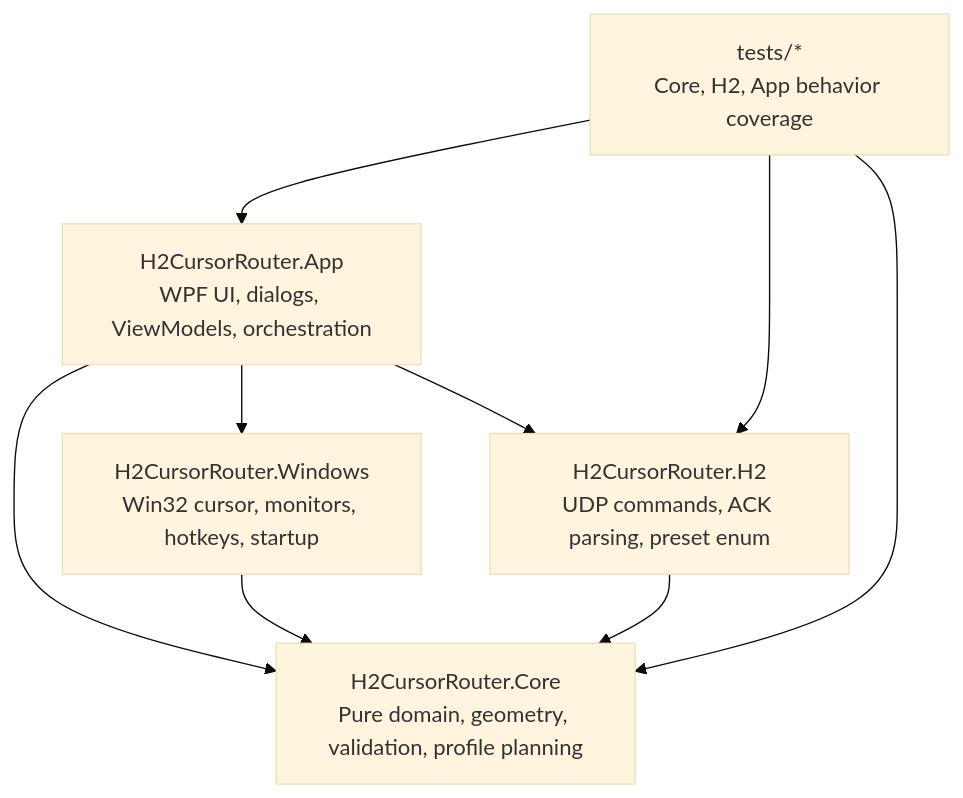
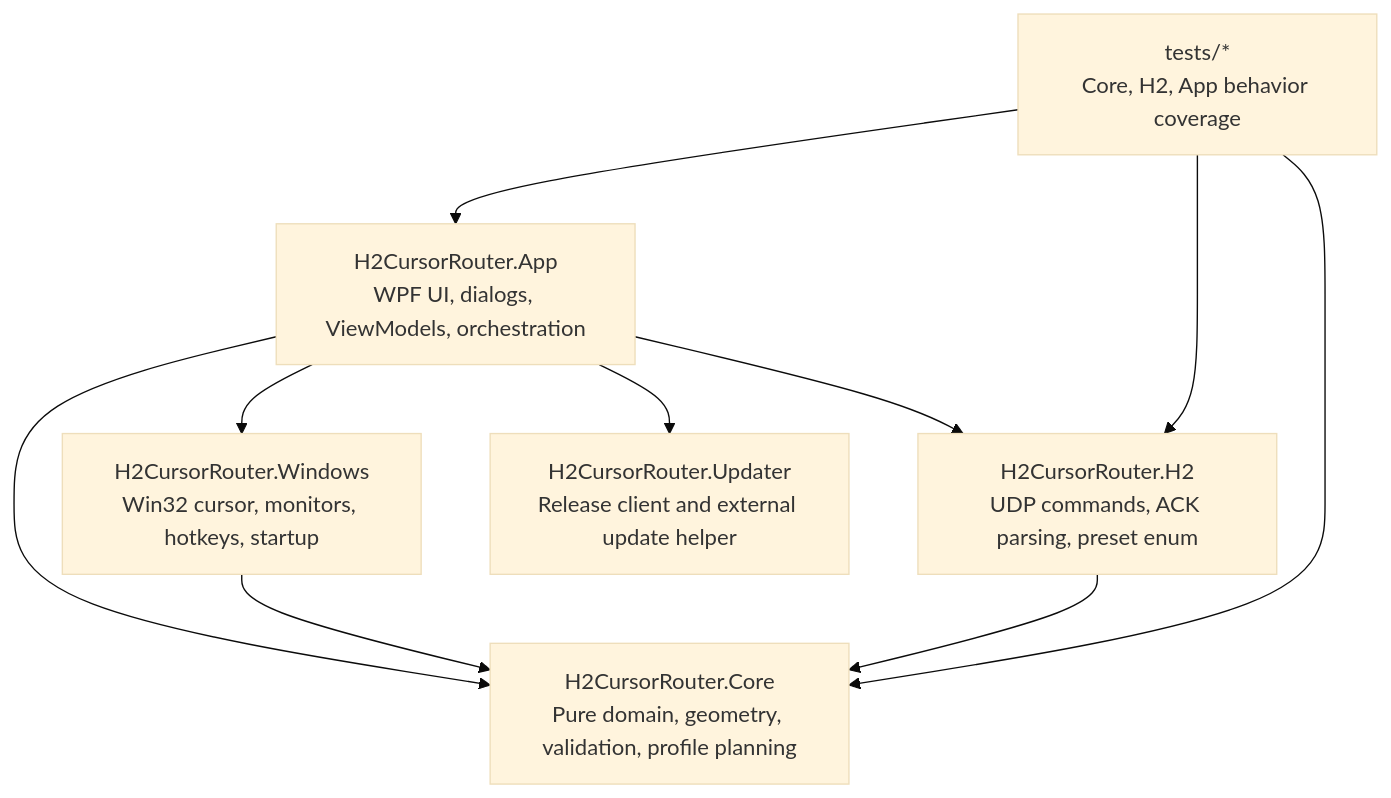
One commit to tjdakf/vp-cursor-potal changed the first of 5 diagrams in docs/development.md. Above: the diagram before and after it, drawn with Mermaid (base theme). The commit also changed other lines of this file and 30 other files, not shown here.

````diff
--- a/docs/development.md
+++ b/docs/development.md
@@ -106,17 +111,18 @@
 ```mermaid
 flowchart TB
     App["H2CursorRouter.App<br/>WPF UI, dialogs, ViewModels, orchestration"]
     Windows["H2CursorRouter.Windows<br/>Win32 cursor, monitors, hotkeys, startup"]
     H2["H2CursorRouter.H2<br/>UDP commands, ACK parsing, preset enum"]
     Core["H2CursorRouter.Core<br/>Pure domain, geometry, validation, profile planning"]
     Tests["tests/*<br/>Core, H2, App behavior coverage"]
 
     App --> Core
     App --> H2
     App --> Windows
+    App --> Updater["H2CursorRouter.Updater<br/>Release client and external update helper"]
     Windows --> Core
     H2 --> Core
     Tests --> Core
     Tests --> H2
     Tests --> App
 ```
````
